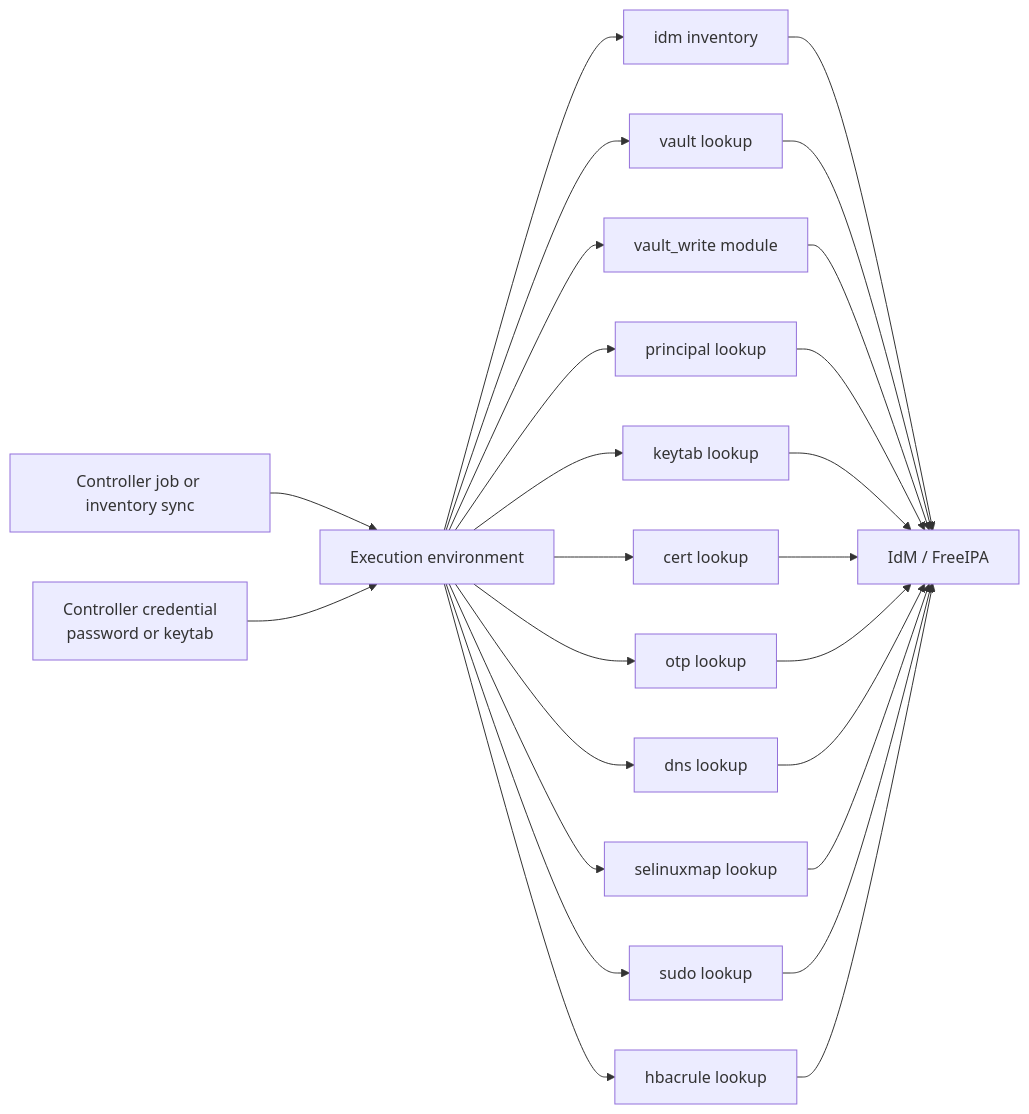
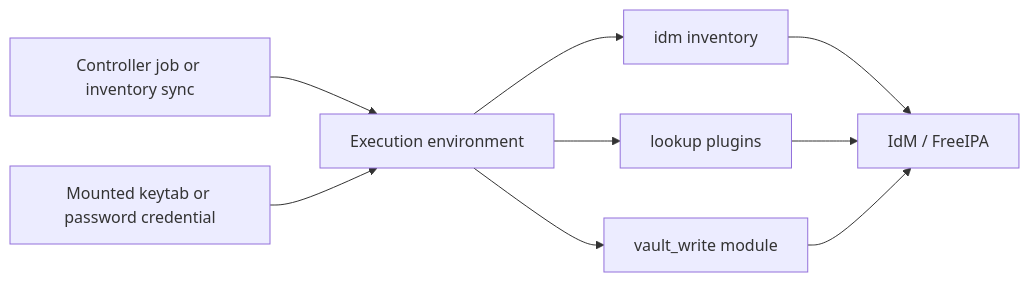
One commit to gprocunier/eigenstate-ipa changed the diagram in docs/aap-integration.md. Above: the diagram before and after it, drawn with Mermaid. The commit also changed other lines of this file and 15 other files, not shown here.

````diff
--- a/docs/aap-integration.md
+++ b/docs/aap-integration.md
@@ -52,44 +38,11 @@
 ```mermaid
 flowchart LR
-    ctrl["Controller job or inventory sync"]
-    cred["Controller credential
-password or keytab"]
-    ee["Execution environment"]
-    inv["idm inventory"]
-    vault["vault lookup"]
-    write["vault_write module"]
-    principal["principal lookup"]
-    keytab["keytab lookup"]
-    cert["cert lookup"]
-    otp["otp lookup"]
-    dns["dns lookup"]
-    selinux["selinuxmap lookup"]
-    sudo["sudo lookup"]
-    hbac["hbacrule lookup"]
-    idm["IdM / FreeIPA"]
-
-    ctrl --> ee
-    cred --> ee
-    ee --> inv
-    ee --> vault
-    ee --> write
-    ee --> principal
-    ee --> keytab
-    ee --> cert
-    ee --> otp
-    ee --> dns
-    ee --> selinux
-    ee --> sudo
-    ee --> hbac
-    inv --> idm
-    vault --> idm
+    ctrl["Controller job or inventory sync"] --> ee["Execution environment"]
+    cred["Mounted keytab or password credential"] --> ee
+    ee --> inv["idm inventory"]
+    ee --> lookups["lookup plugins"]
+    ee --> write["vault_write module"]
+    inv --> idm["IdM / FreeIPA"]
+    lookups --> idm
     write --> idm
-    principal --> idm
-    keytab --> idm
-    cert --> idm
-    otp --> idm
-    dns --> idm
-    selinux --> idm
-    sudo --> idm
-    hbac --> idm
 ```
````
